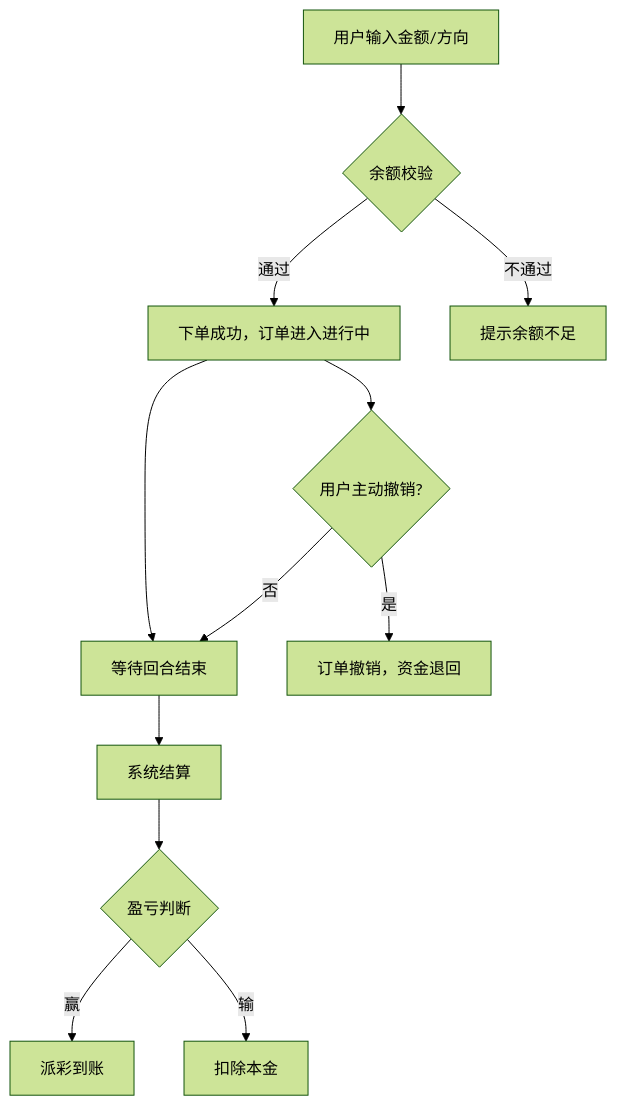
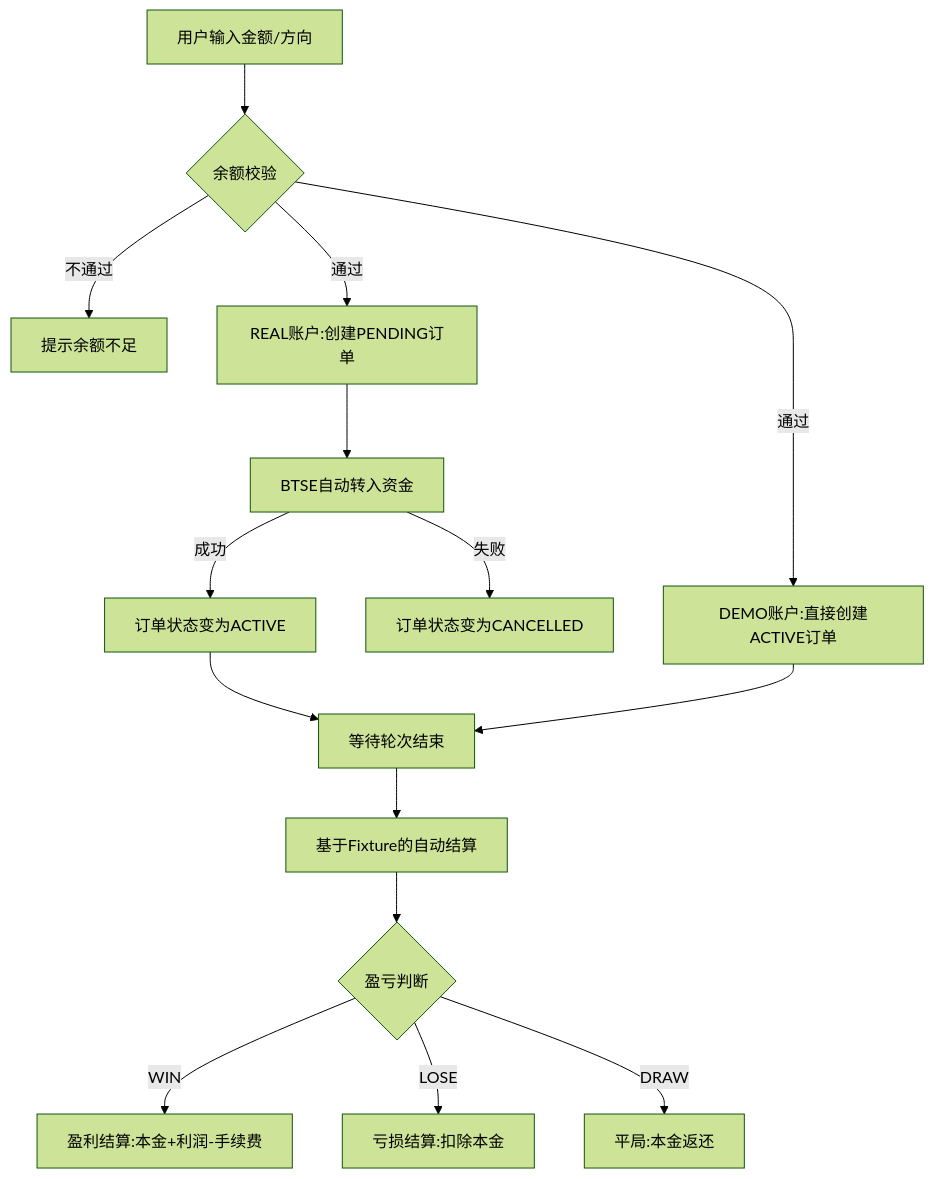
The second of 2 diagrams in 1. 需求类/103_二元期权平台产品需求文档（PRD）.md (barry428/BinaryOptionDocs), drawn with Mermaid (forest theme) before and after one commit. The commit also changed other lines of this file and 51 other files, not shown here.

````diff
--- a/1. 需求类/103_二元期权平台产品需求文档（PRD）.md
+++ b/1. 需求类/103_二元期权平台产品需求文档（PRD）.md
@@ -207,14 +217,17 @@
 ```mermaid
 flowchart TD
     A[用户输入金额/方向] --> B{余额校验}
-    B -- 通过 --> C[下单成功，订单进入进行中]
     B -- 不通过 --> D[提示余额不足]
-    C --> E[等待回合结束]
-    E --> F[系统结算]
-    F --> G{盈亏判断}
-    G -- 赢 --> H[派彩到账]
-    G -- 输 --> I[扣除本金]
-    C --> J{用户主动撤销?}
-    J -- 是 --> K[订单撤销，资金退回]
-    J -- 否 --> E
+    B -- 通过 --> C1[REAL账户:创建PENDING订单]
+    B -- 通过 --> C2[DEMO账户:直接创建ACTIVE订单]
+    C1 --> E1[BTSE自动转入资金]
+    E1 -- 成功 --> F1[订单状态变为ACTIVE]
+    E1 -- 失败 --> G1[订单状态变为CANCELLED]
+    F1 --> H[等待轮次结束]
+    C2 --> H
+    H --> I[基于Fixture的自动结算]
+    I --> J{盈亏判断}
+    J -- WIN --> K[盈利结算:本金+利润-手续费]
+    J -- LOSE --> L[亏损结算:扣除本金]
+    J -- DRAW --> M[平局:本金返还]
 ```
````
